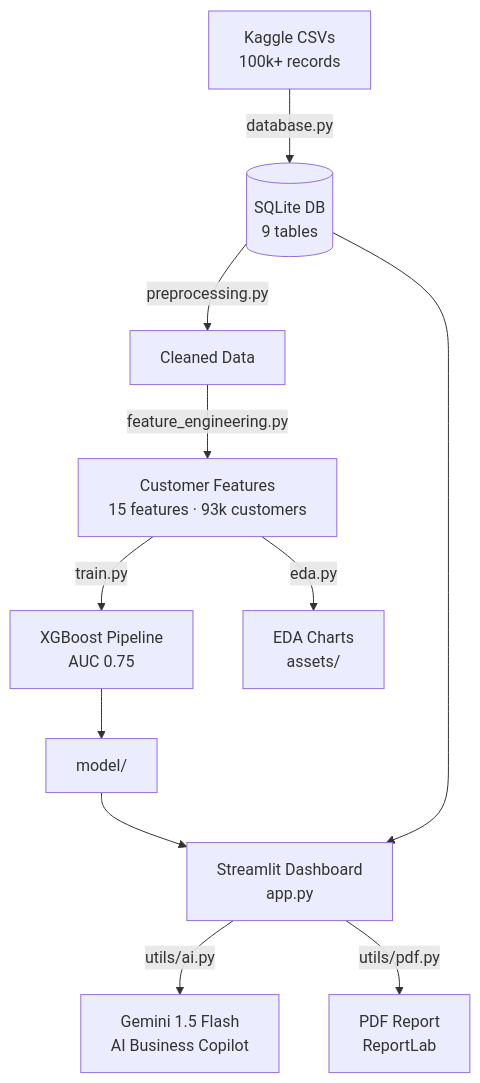
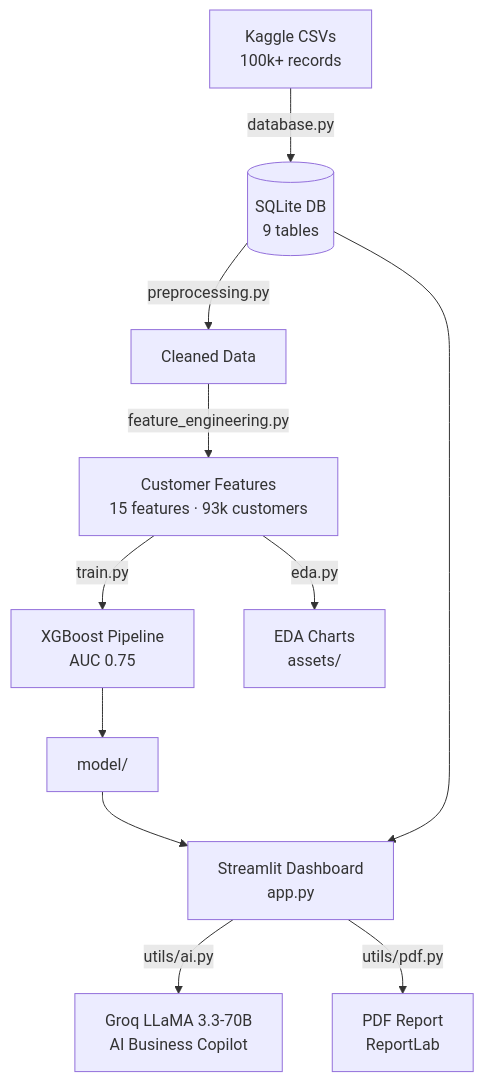
Before and after one commit to raghavPahwa27/Product-Analytics-Dashboard: the diagram in README.md, drawn with Mermaid. The commit also changed other lines of this file and 7 other files, not shown here.

````diff
--- a/README.md
+++ b/README.md
@@ -61,13 +67,13 @@
 ```mermaid
 graph TD
     A[Kaggle CSVs<br/>100k+ records] -->|database.py| B[(SQLite DB<br/>9 tables)]
     B -->|preprocessing.py| C[Cleaned Data]
     C -->|feature_engineering.py| D[Customer Features<br/>15 features · 93k customers]
     D -->|train.py| E[XGBoost Pipeline<br/>AUC 0.75]
     D -->|eda.py| F[EDA Charts<br/>assets/]
     E --> G[model/]
     G --> H[Streamlit Dashboard<br/>app.py]
     B --> H
-    H -->|utils/ai.py| I[Gemini 1.5 Flash<br/>AI Business Copilot]
+    H -->|utils/ai.py| I[Groq LLaMA 3.3-70B<br/>AI Business Copilot]
     H -->|utils/pdf.py| J[PDF Report<br/>ReportLab]
 ```
````
